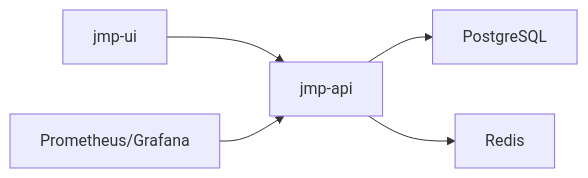
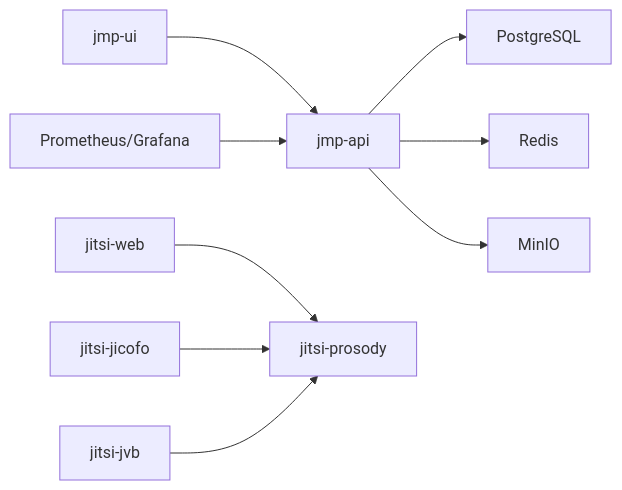
Diagram 13 of 13 in .qoder/repowiki/en/content/Deployment and DevOps/Docker Configuration.md (Vostrikov2014/vks-qoder), drawn with Mermaid before and after one commit. The commit also changed other lines of this file and 11 other files, not shown here.

````diff
--- a/.qoder/repowiki/en/content/Deployment and DevOps/Docker Configuration.md
+++ b/.qoder/repowiki/en/content/Deployment and DevOps/Docker Configuration.md
@@ -313,7 +480,11 @@
 ```mermaid
 graph LR
 UI["jmp-ui"] --> API["jmp-api"]
 API --> DB["PostgreSQL"]
 API --> RC["Redis"]
+API --> MINIO["MinIO"]
+JITSIWEB["jitsi-web"] --> JITSIPROSODY["jitsi-prosody"]
+JITSICJICOFO["jitsi-jicofo"] --> JITSIPROSODY
+JITSIJVB["jitsi-jvb"] --> JITSIPROSODY
 MON["Prometheus/Grafana"] --> API
 ```
````
